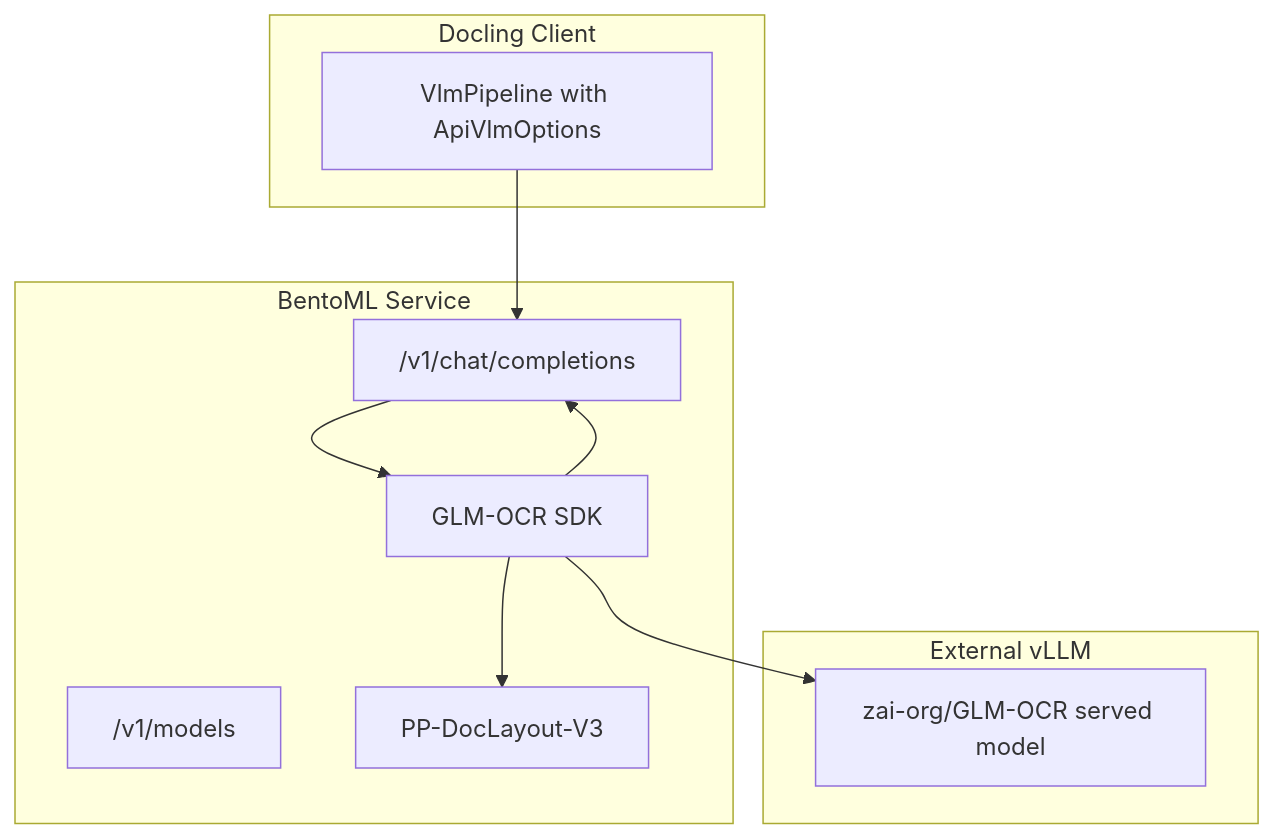
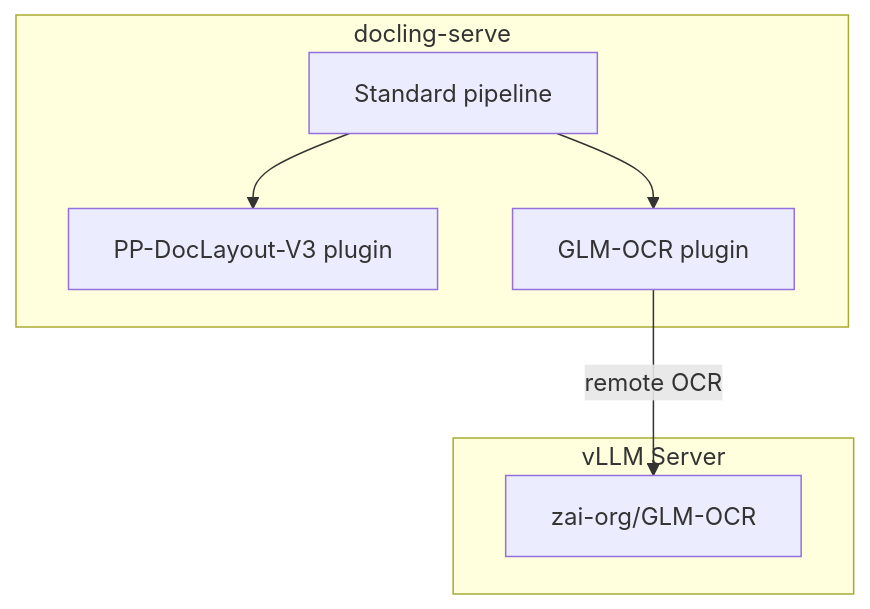
The diagram in README.md (DCC-BS/bentoml-ocr), drawn with Mermaid before and after one commit. The commit also changed other lines of this file and 27 other files, not shown here.

````diff
--- a/README.md
+++ b/README.md
@@ -17,23 +18,16 @@
 ```mermaid
 flowchart TD
-    subgraph doclingClient [Docling Client]
-        DC[VlmPipeline with ApiVlmOptions]
+    subgraph doclingServe [docling-serve]
+        STD["Standard pipeline"]
+        LP["PP-DocLayout-V3 plugin"]
+        OP["GLM-OCR plugin"]
+        STD --> LP
+        STD --> OP
     end
 
-    subgraph bentoService [BentoML Service]
-        API["/v1/chat/completions"]
-        MODELS["/v1/models"]
-        SDK[GLM-OCR SDK]
-        LAYOUT[PP-DocLayout-V3]
+    subgraph vllmServer [vLLM Server]
+        GLMOCR["zai-org/GLM-OCR"]
     end
 
-    subgraph externalVllm [External vLLM]
-        VLLM["zai-org/GLM-OCR served model"]
-    end
-
-    DC --> API
-    API --> SDK
-    SDK --> LAYOUT
-    SDK --> VLLM
-    SDK --> API
+    OP -- "remote OCR" --> GLMOCR
 ```
````
